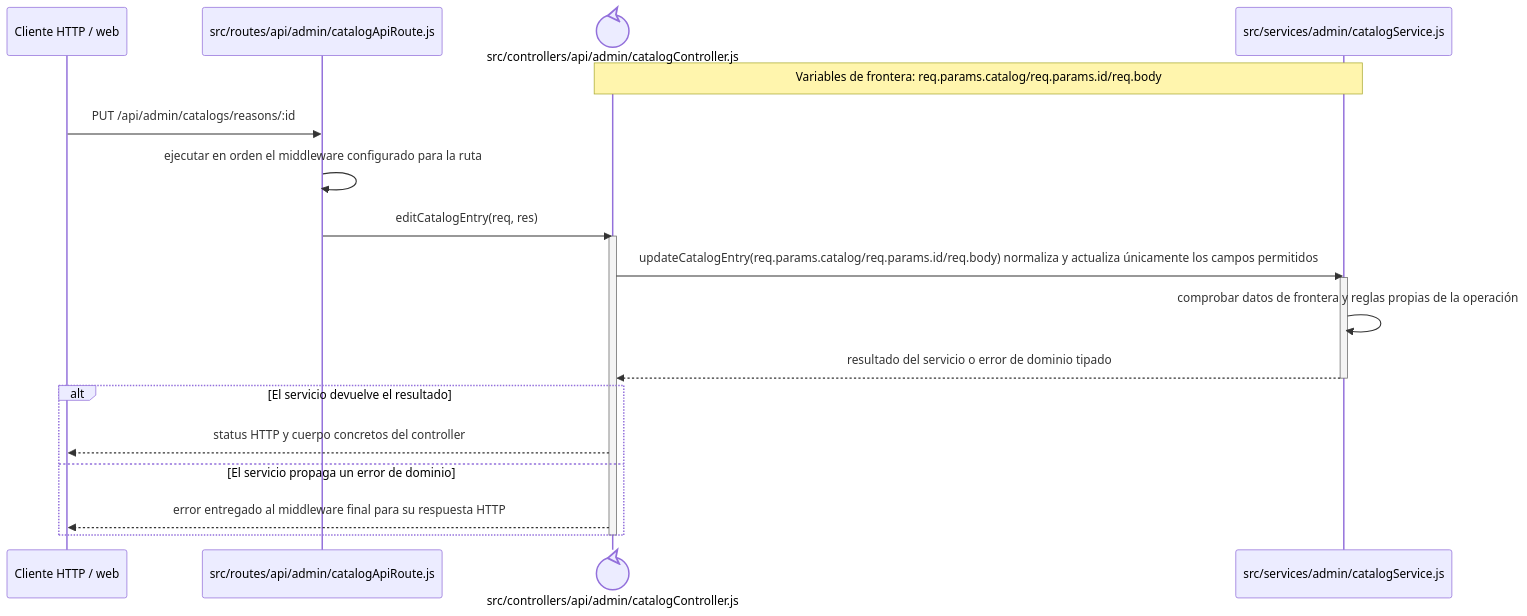
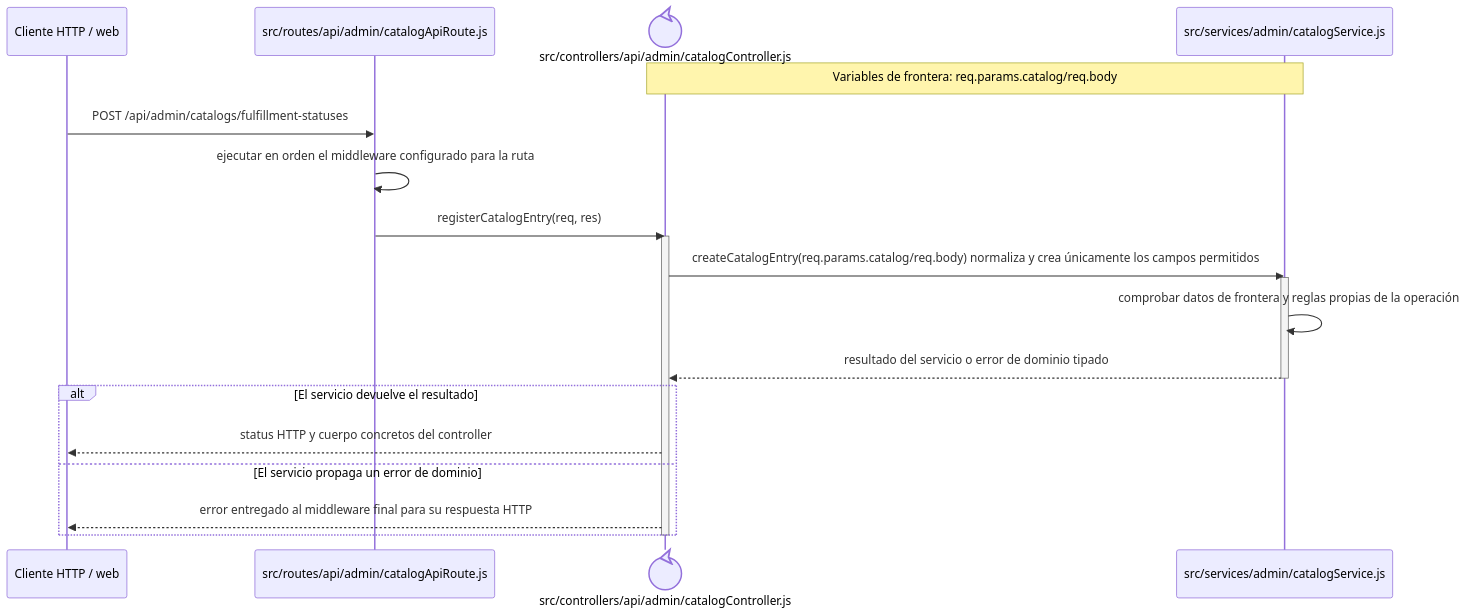
The diagram in docs/architecture/backend-code-sequences/catalogs/cu-cat-41.md (gpgsistemas01/nexus), drawn with Mermaid before and after one commit. The commit also changed other lines of this file and 207 other files, not shown here.

````diff
--- a/docs/architecture/backend-code-sequences/catalogs/cu-cat-41.md
+++ b/docs/architecture/backend-code-sequences/catalogs/cu-cat-41.md
@@ -6,24 +6,24 @@
 ```mermaid
 sequenceDiagram
     participant Client as Cliente HTTP / web
     participant Route as src/routes/api/admin/catalogApiRoute.js
     participant Controller@{ "type": "control" } as src/controllers/api/admin/catalogController.js
     participant Domain as src/services/admin/catalogService.js
-    Note over Controller,Domain: Variables de frontera: req.params.catalog/req.params.id/req.body
+    Note over Controller,Domain: Variables de frontera: req.params.catalog/req.body
 
-    Client->>Route: PUT /api/admin/catalogs/reasons/:id
+    Client->>Route: POST /api/admin/catalogs/fulfillment-statuses
     Route->>Route: ejecutar en orden el middleware configurado para la ruta
-    Route->>Controller: editCatalogEntry(req, res)
+    Route->>Controller: registerCatalogEntry(req, res)
     activate Controller
-    Controller->>Domain: updateCatalogEntry(req.params.catalog/req.params.id/req.body) normaliza y actualiza únicamente los campos permitidos
+    Controller->>Domain: createCatalogEntry(req.params.catalog/req.body) normaliza y crea únicamente los campos permitidos
     activate Domain
     Domain->>Domain: comprobar datos de frontera y reglas propias de la operación
     Domain-->>Controller: resultado del servicio o error de dominio tipado
     deactivate Domain
     alt El servicio devuelve el resultado
         Controller-->>Client: status HTTP y cuerpo concretos del controller
     else El servicio propaga un error de dominio
         Controller-->>Client: error entregado al middleware final para su respuesta HTTP
     end
     deactivate Controller
 ```
````
